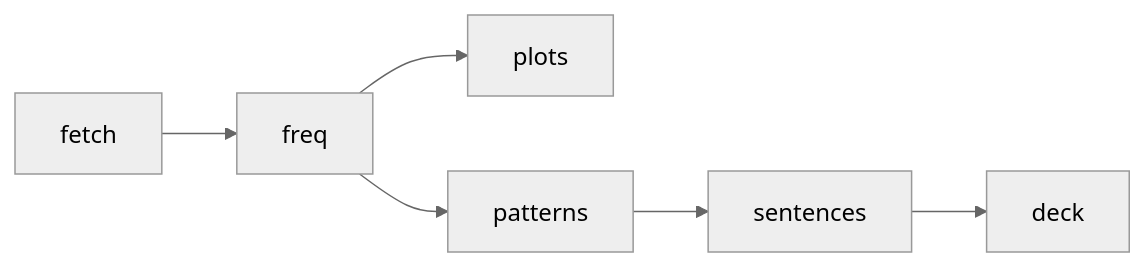
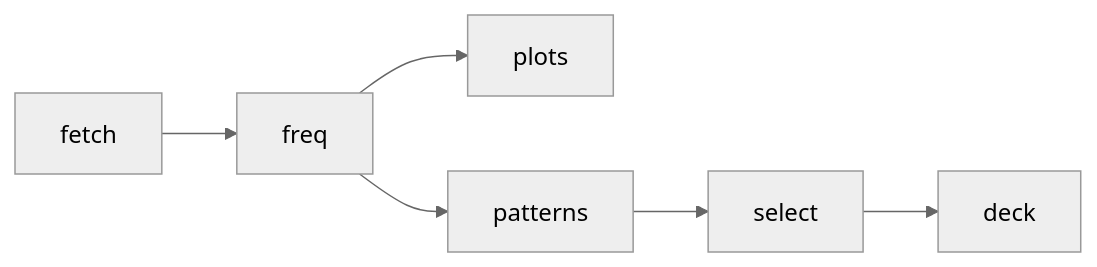
The diagram in README.md (gbrlpzz/german-pareto-deck), drawn with Mermaid (neutral theme) before and after one commit. The commit also changed other lines of this file and 2 other files, not shown here.

````diff
--- a/README.md
+++ b/README.md
@@ -94,5 +60,5 @@
 ```mermaid
 flowchart LR
     A[fetch] --> B[freq] --> C[plots]
-    B --> D[patterns] --> E[sentences] --> F[deck]
+    B --> D[patterns] --> E[select] --> F[deck]
 ```
````
